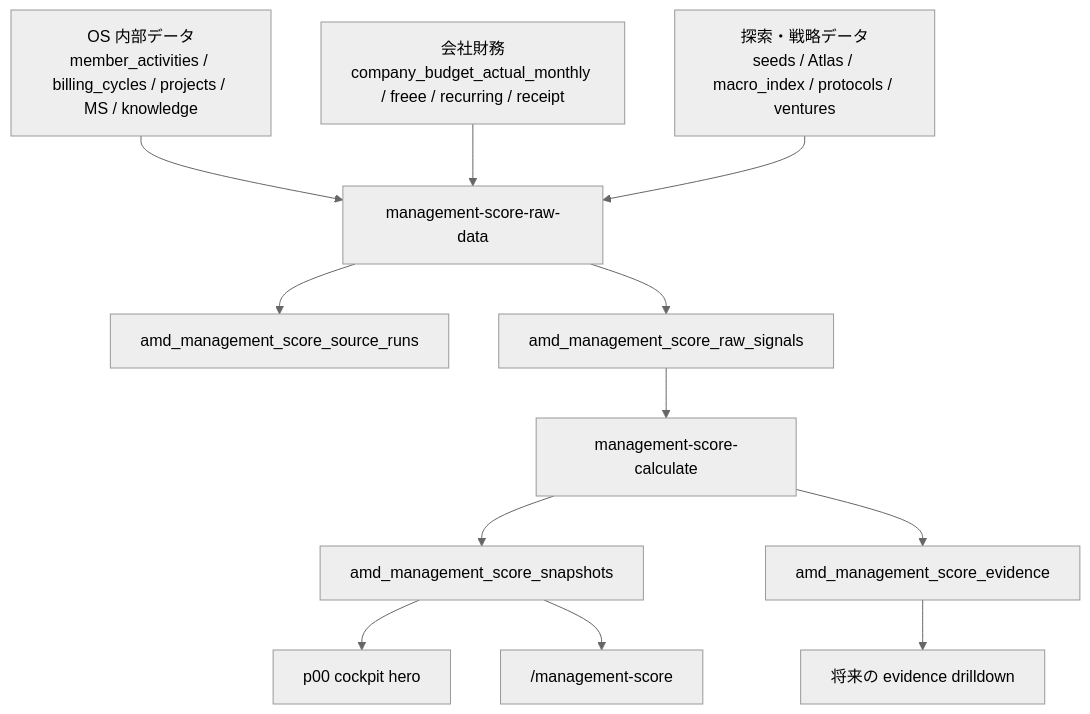
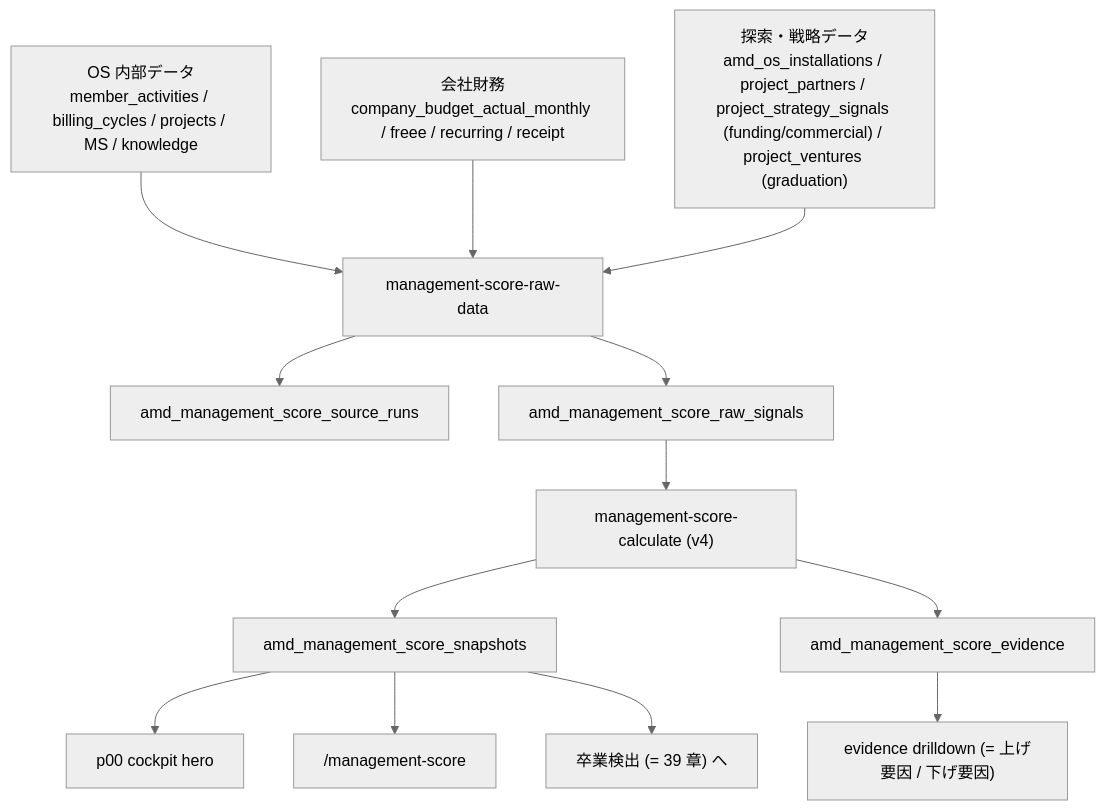
The first of 3 diagrams in pwa/manual/29-management-score-and-finance-simulation-spec.md (masa-teamarmada/amd-os), drawn with Mermaid (neutral theme) before and after one commit. The commit also changed other lines of this file and 52 other files, not shown here.

First line of the commit message:
feat(management-score): バイタル v4 大改修 + manual UI 単一化 + 卒業フェーズ検出 + freee cron

````diff
--- a/pwa/manual/29-management-score-and-finance-simulation-spec.md
+++ b/pwa/manual/29-management-score-and-finance-simulation-spec.md
@@ -44,14 +53,15 @@
 ```mermaid
 flowchart TD
   A["OS 内部データ<br/>member_activities / billing_cycles / projects / MS / knowledge"] --> B["management-score-raw-data"]
   C["会社財務<br/>company_budget_actual_monthly / freee / recurring / receipt"] --> B
-  D["探索・戦略データ<br/>seeds / Atlas / macro_index / protocols / ventures"] --> B
+  D["探索・戦略データ<br/>amd_os_installations / project_partners / project_strategy_signals (funding/commercial) / project_ventures (graduation)"] --> B
   B --> E["amd_management_score_source_runs"]
   B --> F["amd_management_score_raw_signals"]
-  F --> G["management-score-calculate"]
+  F --> G["management-score-calculate (v4)"]
   G --> H["amd_management_score_snapshots"]
   G --> I["amd_management_score_evidence"]
   H --> J["p00 cockpit hero"]
   H --> K["/management-score"]
-  I --> L["将来の evidence drilldown"]
+  I --> L["evidence drilldown (= 上げ要因 / 下げ要因)"]
+  H --> M["卒業検出 (= 39 章) へ"]
 ```
````
